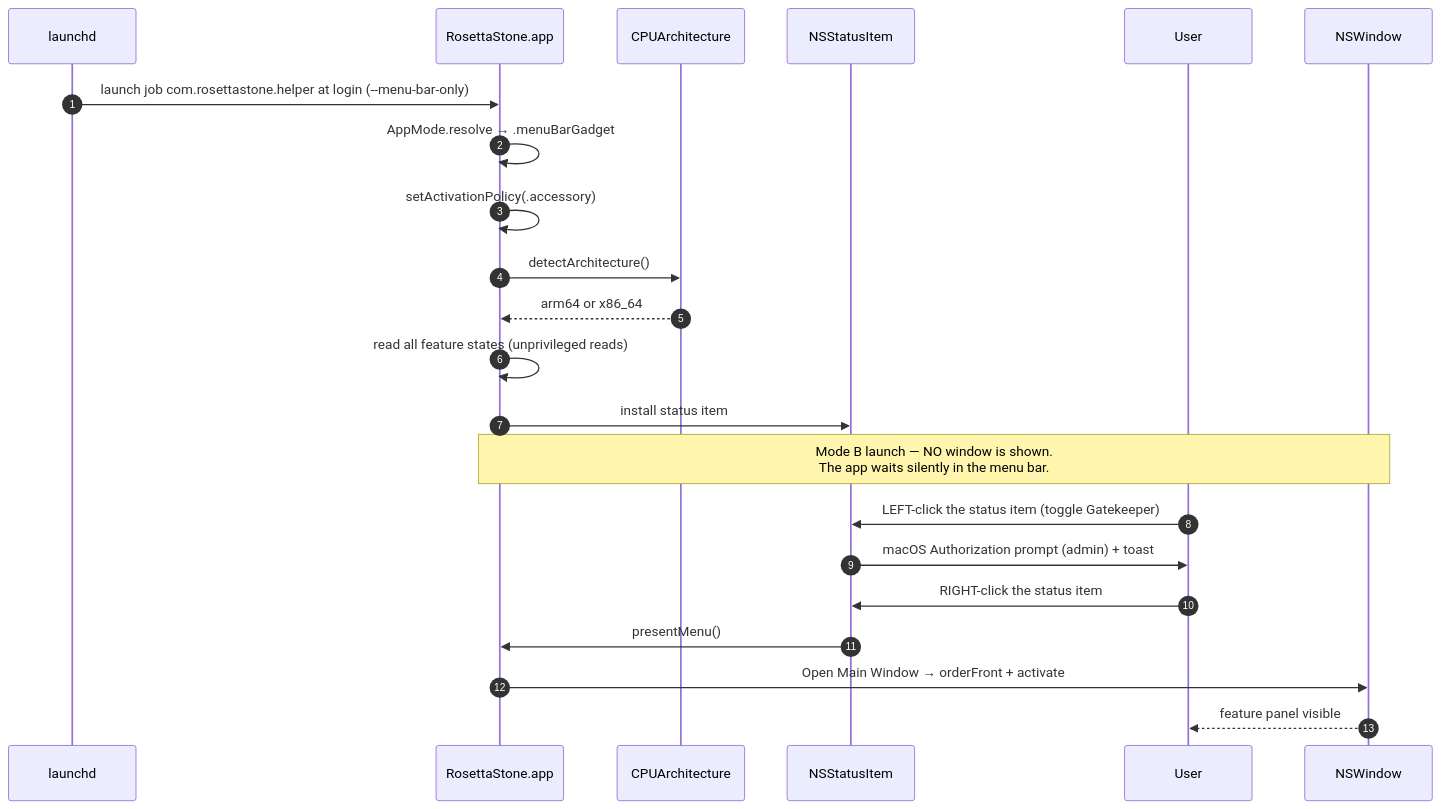
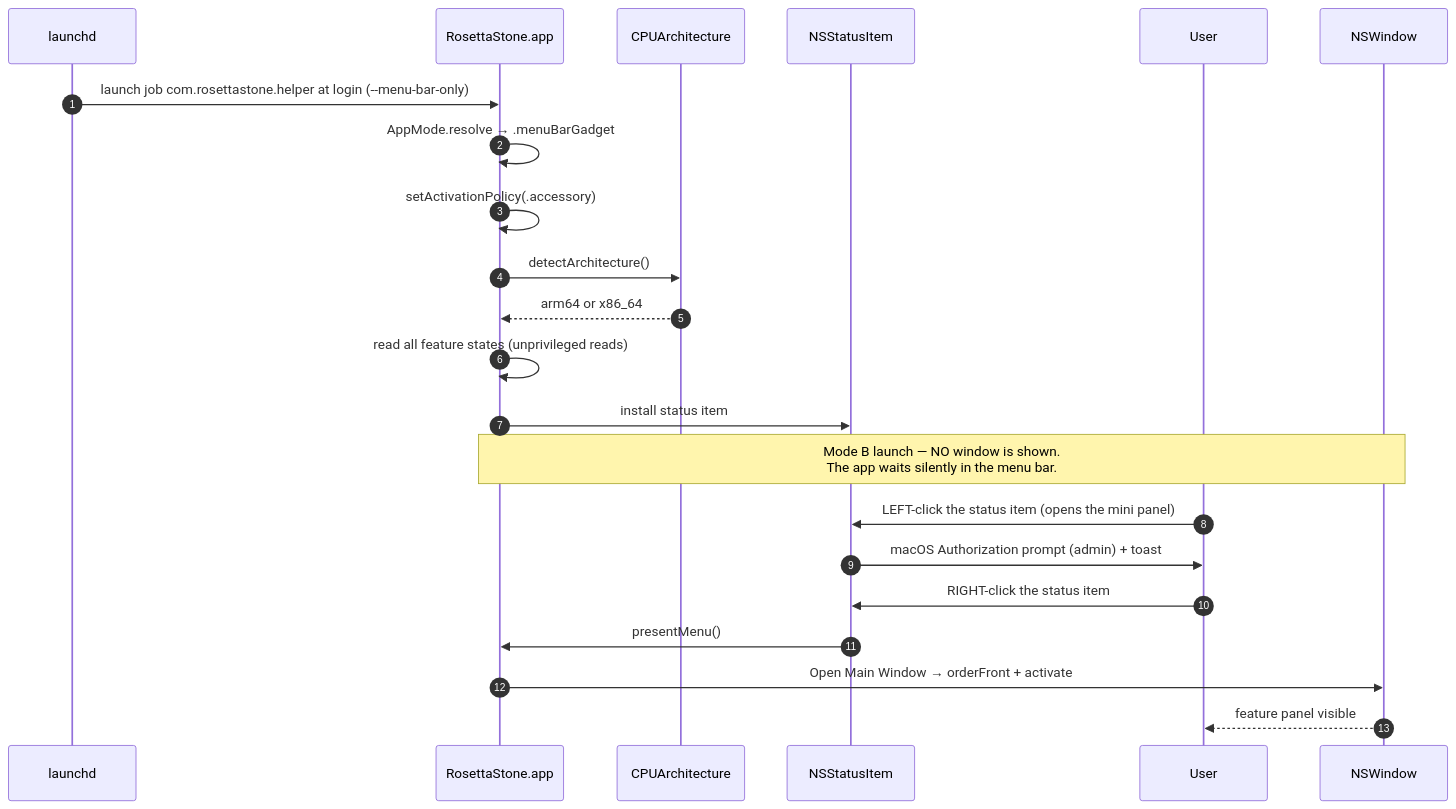
The fourth of 9 diagrams in docs/ARCHITECTURE.md (pppoipoit/Rosetta_Stone), drawn with Mermaid before and after one commit. The commit also changed other lines of this file and 26 other files, not shown here.

Commit message:
fix: Phase 11.4 — truth-first state sync, gatekeeper mapping, Finder refresh chain; remove URL-scheme shortcuts and status dot

````diff
--- a/docs/ARCHITECTURE.md
+++ b/docs/ARCHITECTURE.md
@@ -209,25 +207,25 @@
 ```mermaid
 sequenceDiagram
     autonumber
     participant LD as launchd
     participant AP as RosettaStone.app
     participant CPU as CPUArchitecture
     participant ST as NSStatusItem
     participant U as User
     participant W as NSWindow
 
     LD->>AP: launch job com.rosettastone.helper at login (--menu-bar-only)
     AP->>AP: AppMode.resolve → .menuBarGadget
     AP->>AP: setActivationPolicy(.accessory)
     AP->>CPU: detectArchitecture()
     CPU-->>AP: arm64 or x86_64
     AP->>AP: read all feature states (unprivileged reads)
     AP->>ST: install status item
     Note over AP,W: Mode B launch — NO window is shown.<br/>The app waits silently in the menu bar.
-    U->>ST: LEFT-click the status item (toggle Gatekeeper)
+    U->>ST: LEFT-click the status item (opens the mini panel)
     ST->>U: macOS Authorization prompt (admin) + toast
     U->>ST: RIGHT-click the status item
     ST->>AP: presentMenu()
     AP->>W: Open Main Window → orderFront + activate
     W-->>U: feature panel visible
 ```
````
